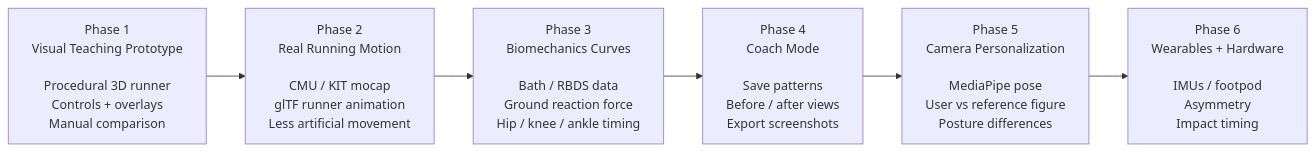
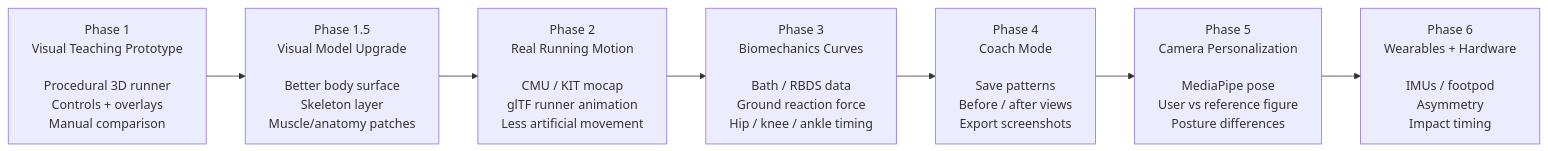
The second of 7 diagrams in ROADMAP_VISUAL.md (Dalek12/Propriocept-Run), drawn with Mermaid before and after one commit. The commit also changed other lines of this file and 1 other file, not shown here.

Commit message:
Update roadmap for visual model route

````diff
--- a/ROADMAP_VISUAL.md
+++ b/ROADMAP_VISUAL.md
@@ -20,11 +41,12 @@
 ```mermaid
 flowchart LR
   P1["Phase 1<br/>Visual Teaching Prototype<br/><br/>Procedural 3D runner<br/>Controls + overlays<br/>Manual comparison"]
+  P15["Phase 1.5<br/>Visual Model Upgrade<br/><br/>Better body surface<br/>Skeleton layer<br/>Muscle/anatomy patches"]
   P2["Phase 2<br/>Real Running Motion<br/><br/>CMU / KIT mocap<br/>glTF runner animation<br/>Less artificial movement"]
   P3["Phase 3<br/>Biomechanics Curves<br/><br/>Bath / RBDS data<br/>Ground reaction force<br/>Hip / knee / ankle timing"]
   P4["Phase 4<br/>Coach Mode<br/><br/>Save patterns<br/>Before / after views<br/>Export screenshots"]
   P5["Phase 5<br/>Camera Personalization<br/><br/>MediaPipe pose<br/>User vs reference figure<br/>Posture differences"]
   P6["Phase 6<br/>Wearables + Hardware<br/><br/>IMUs / footpod<br/>Asymmetry<br/>Impact timing"]
 
-  P1 --> P2 --> P3 --> P4 --> P5 --> P6
+  P1 --> P15 --> P2 --> P3 --> P4 --> P5 --> P6
 ```
````
